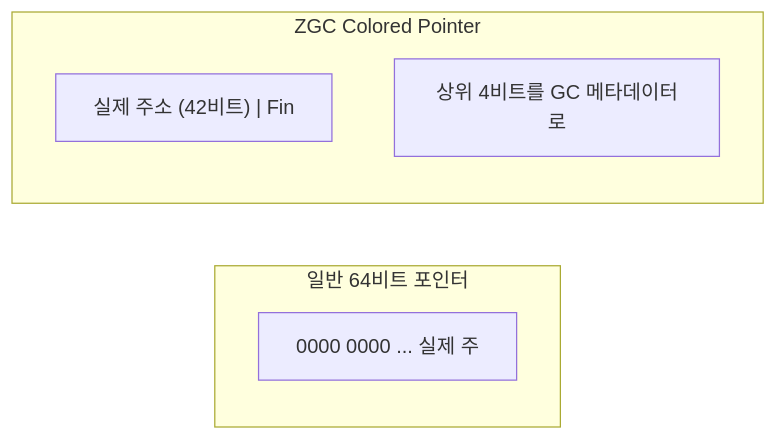
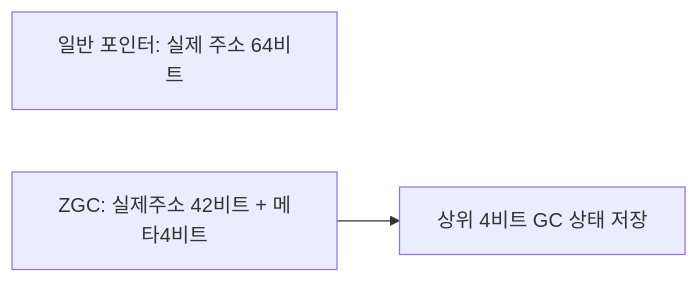
Diagram 17 of 29 in _posts/java/2026-05-01-java-garbage-collector.md (yjkim2015/yjkim2015.github.io), drawn with Mermaid before and after one commit. The commit also changed other lines of this file and 155 other files, not shown here.

First line of the commit message:
Mermaid 전면 수정: subgraph 제거, participant/노드/줄수 축소 (342블록)

````diff
--- a/_posts/java/2026-05-01-java-garbage-collector.md
+++ b/_posts/java/2026-05-01-java-garbage-collector.md
@@ -363,10 +329,7 @@
 ```mermaid
 graph LR
-    subgraph "일반 64비트 포인터"
-        P1["0000 0000 ... 실제 주"]
-    end
-    subgraph "ZGC Colored Pointer"
-        P2["실제 주소 (42비트) | Fin"]
-        META["상위 4비트를 GC 메타데이터로"]
-    end
+    P1["일반 포인터: 실제 주소 64비트"]
+    P2["ZGC: 실제주소 42비트 + 메타4비트"]
+    META["상위 4비트 GC 상태 저장"]
+    P2 --> META
 ```
````
